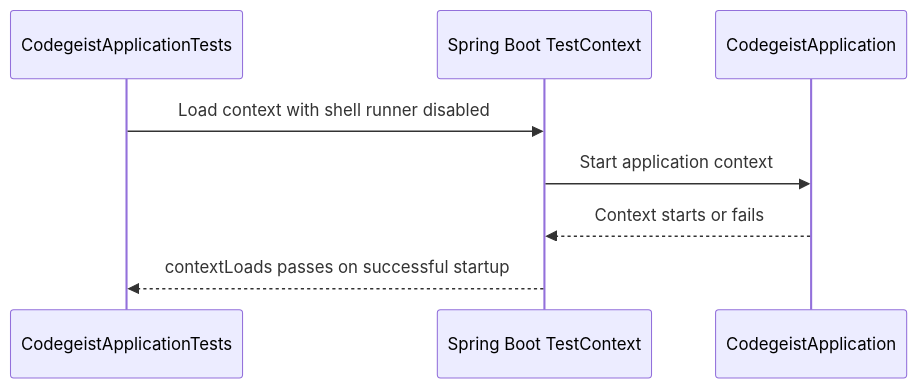
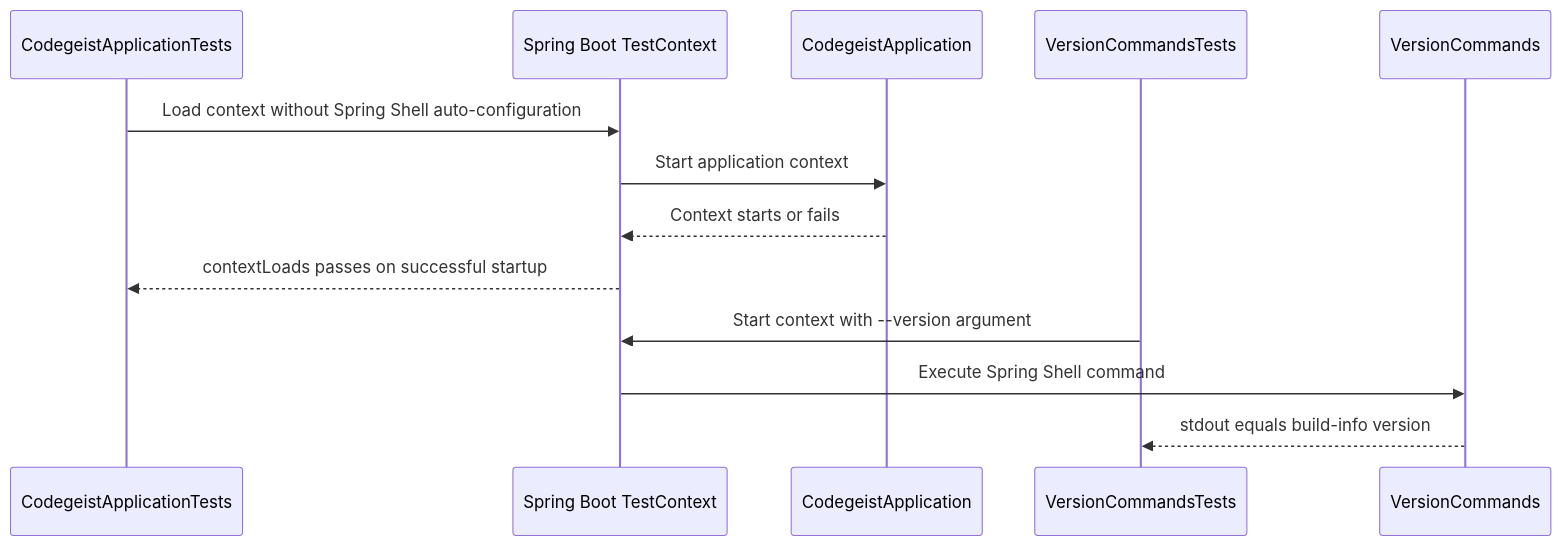
Before and after one commit to codegeist-ai/codegeist: the second of 2 diagrams in docs/developer/architecture/architecture.md, drawn with Mermaid. The commit also changed other lines of this file and 14 other files, not shown here.

First line of the commit message:
feat(cli): add version command

````diff
--- a/docs/developer/architecture/architecture.md
+++ b/docs/developer/architecture/architecture.md
@@ -103,11 +122,16 @@
 ```mermaid
 sequenceDiagram
     participant Test as CodegeistApplicationTests
     participant Spring as Spring Boot TestContext
     participant App as CodegeistApplication
+    participant VersionTest as VersionCommandsTests
+    participant Version as VersionCommands
 
-    Test->>Spring: Load context with shell runner disabled
+    Test->>Spring: Load context without Spring Shell auto-configuration
     Spring->>App: Start application context
     App-->>Spring: Context starts or fails
     Spring-->>Test: contextLoads passes on successful startup
+    VersionTest->>Spring: Start context with --version argument
+    Spring->>Version: Execute Spring Shell command
+    Version-->>VersionTest: stdout equals build-info version
 ```
````
